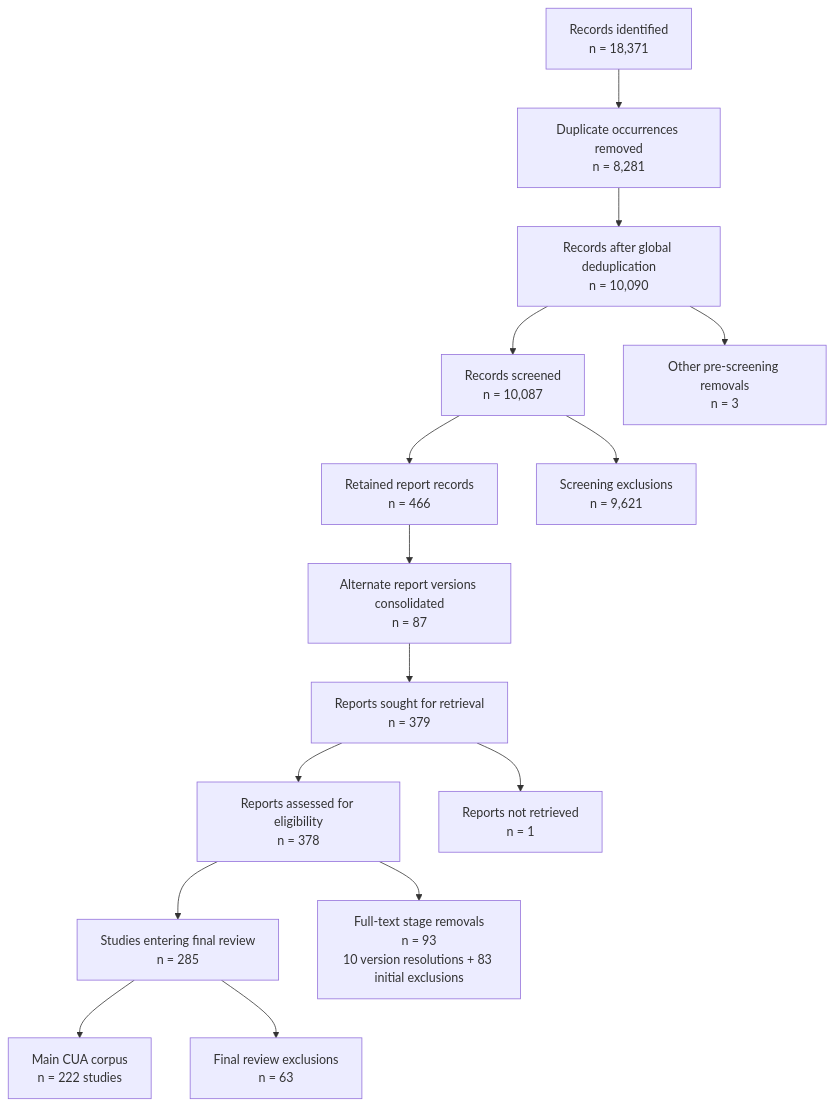
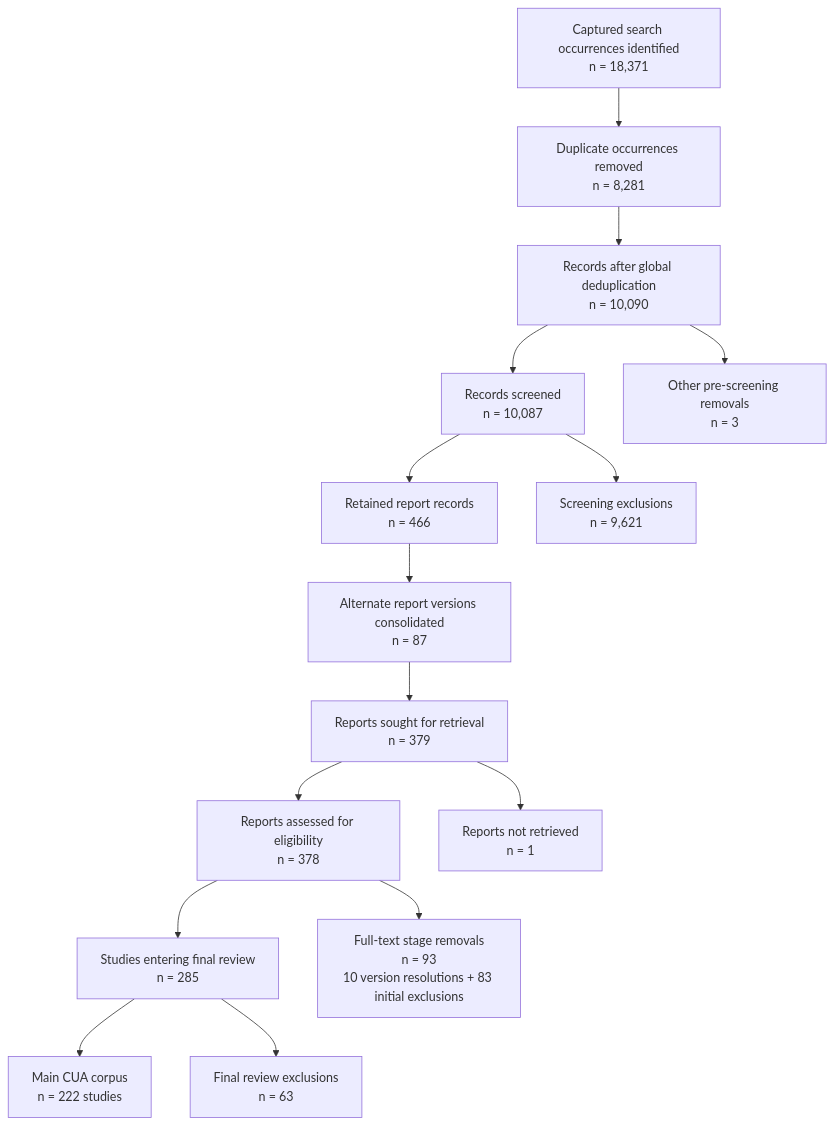
Before and after one commit to rongzhoujie992-sketch/cua_security_review: the diagram in prisma/figures/prisma_flow_final_222.md, drawn with Mermaid. The commit also changed 69 other files, not shown here.

````diff
--- a/prisma/figures/prisma_flow_final_222.md
+++ b/prisma/figures/prisma_flow_final_222.md
@@ -3,17 +3,17 @@
 ```mermaid
 flowchart TD
-  A["Records identified<br/>n = 18,371"] --> B["Duplicate occurrences removed<br/>n = 8,281"]
+  A["Captured search occurrences identified<br/>n = 18,371"] --> B["Duplicate occurrences removed<br/>n = 8,281"]
   B --> C["Records after global deduplication<br/>n = 10,090"]
   C --> D["Records screened<br/>n = 10,087"]
   C --> X0["Other pre-screening removals<br/>n = 3"]
   D --> E["Retained report records<br/>n = 466"]
   D --> X1["Screening exclusions<br/>n = 9,621"]
   E --> F["Alternate report versions consolidated<br/>n = 87"]
   F --> G["Reports sought for retrieval<br/>n = 379"]
   G --> H["Reports assessed for eligibility<br/>n = 378"]
   G --> X2["Reports not retrieved<br/>n = 1"]
   H --> I["Studies entering final review<br/>n = 285"]
   H --> X3["Full-text stage removals<br/>n = 93<br/>10 version resolutions + 83 initial exclusions"]
   I --> J["Main CUA corpus<br/>n = 222 studies"]
   I --> X4["Final review exclusions<br/>n = 63"]
 ```
````
